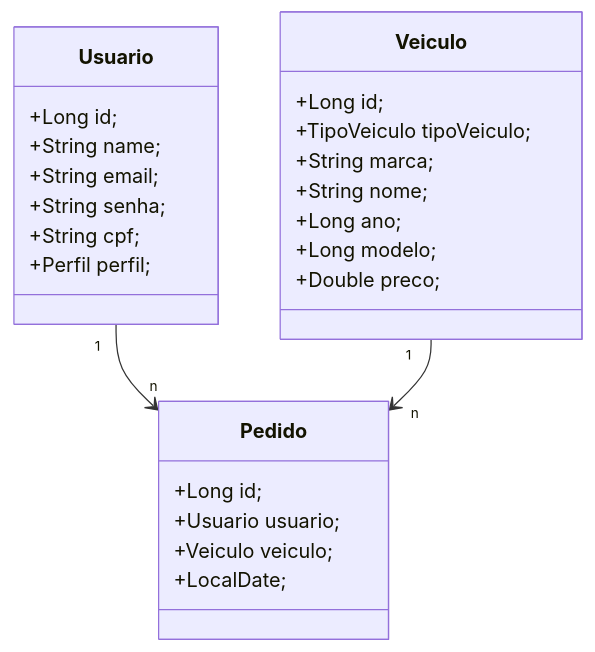
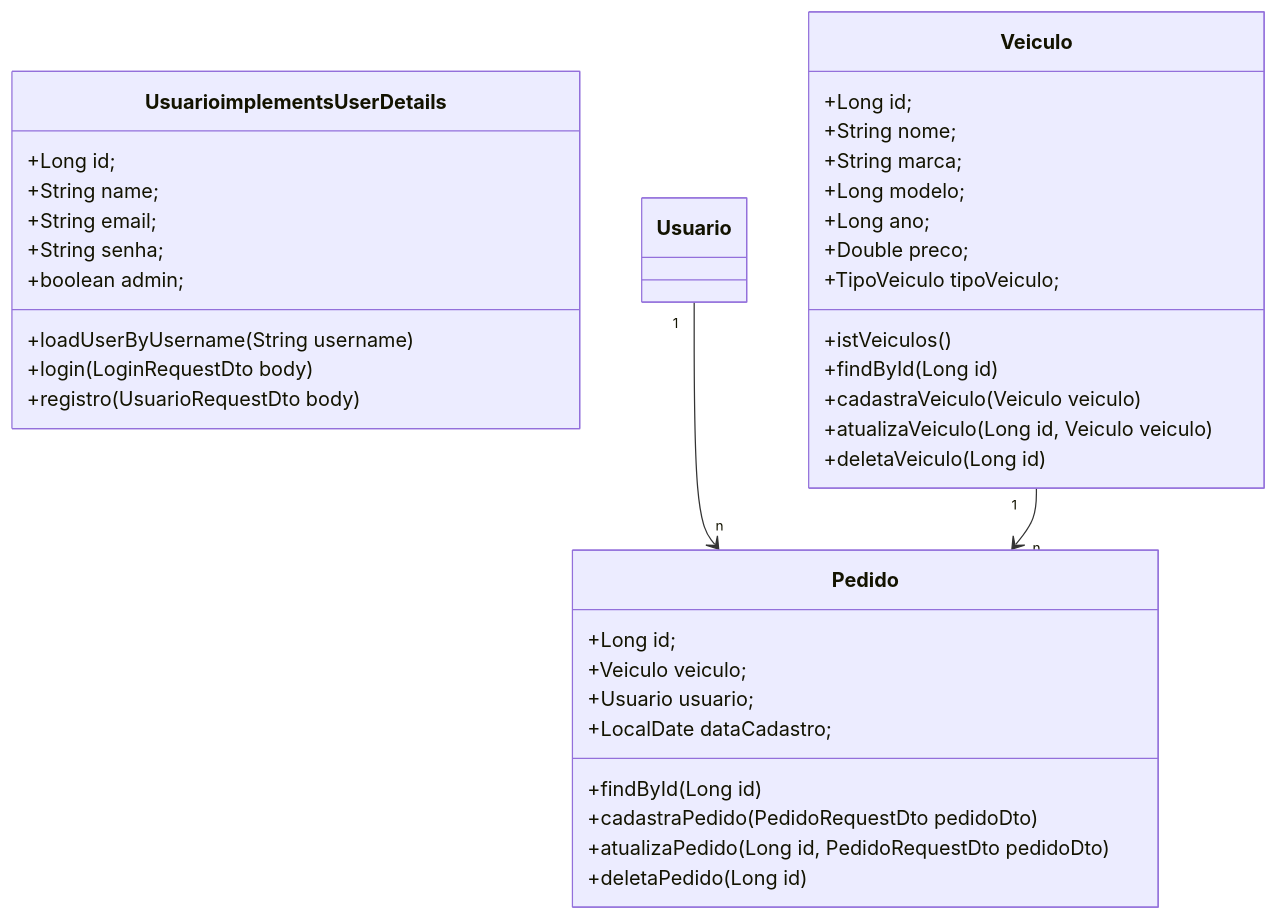
The diagram in README.md (DiegoCasemiroFS/concessionaria), drawn with Mermaid before and after one commit. The commit also changed other lines of this file, not shown here.

````diff
--- a/README.md
+++ b/README.md
@@ -21,31 +28,45 @@
 ```mermaid
 classDiagram
-    class Usuario{
+    class Usuario implements UserDetails{
         +Long id;
         +String name;
         +String email;
         +String senha;
-        +String cpf;
-        +Perfil perfil;
+        +boolean admin;
+        
+        +loadUserByUsername(String username)
+        +login(LoginRequestDto body)
+        +registro(UsuarioRequestDto body)
     }
     
     class Veiculo{
         +Long id;
+        +String nome;
+        +String marca;
+        +Long modelo;
+        +Long ano;
+        +Double preco;
         +TipoVeiculo tipoVeiculo;
-        +String marca;
-        +String nome;
-        +Long ano;
-        +Long modelo;
-        +Double preco;
+        
+        +istVeiculos()
+        +findById(Long id)
+        +cadastraVeiculo(Veiculo veiculo)
+        +atualizaVeiculo(Long id, Veiculo veiculo)
+        +deletaVeiculo(Long id)
     }
     
     class Pedido{
         +Long id;
+        +Veiculo veiculo;
         +Usuario usuario;
-        +Veiculo veiculo;
-        +LocalDate;
+        +LocalDate dataCadastro;
+        
+        +findById(Long id)
+        +cadastraPedido(PedidoRequestDto pedidoDto)
+        +atualizaPedido(Long id, PedidoRequestDto pedidoDto)
+        +deletaPedido(Long id)
     }
     
     Usuario "1" --> "n" Pedido
     Veiculo "1" --> "n" Pedido
 ```
````
